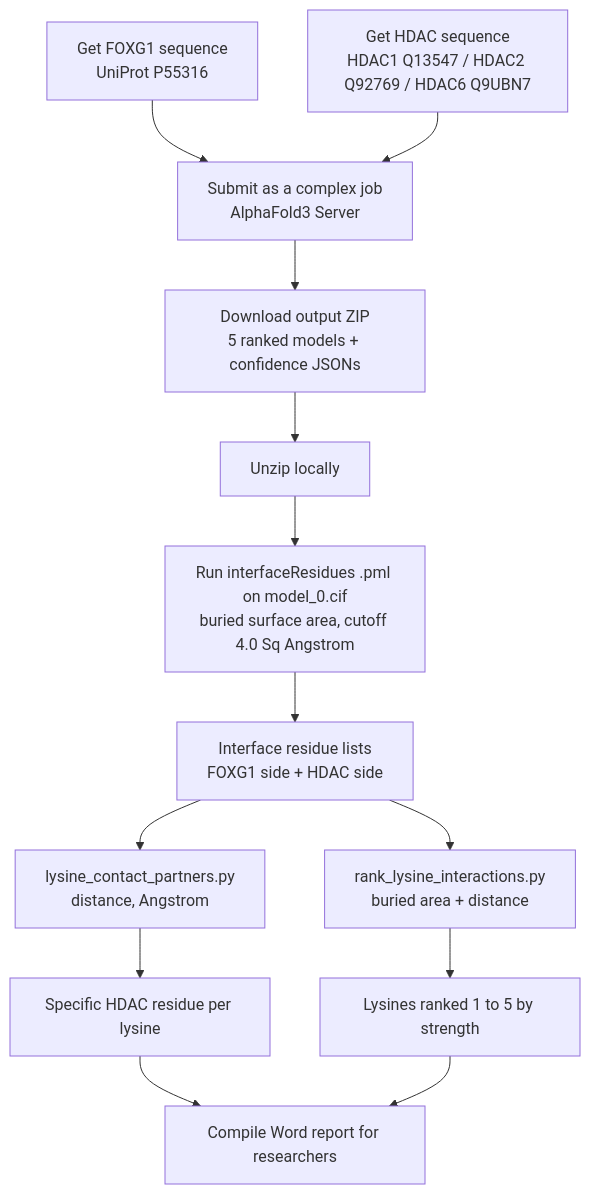
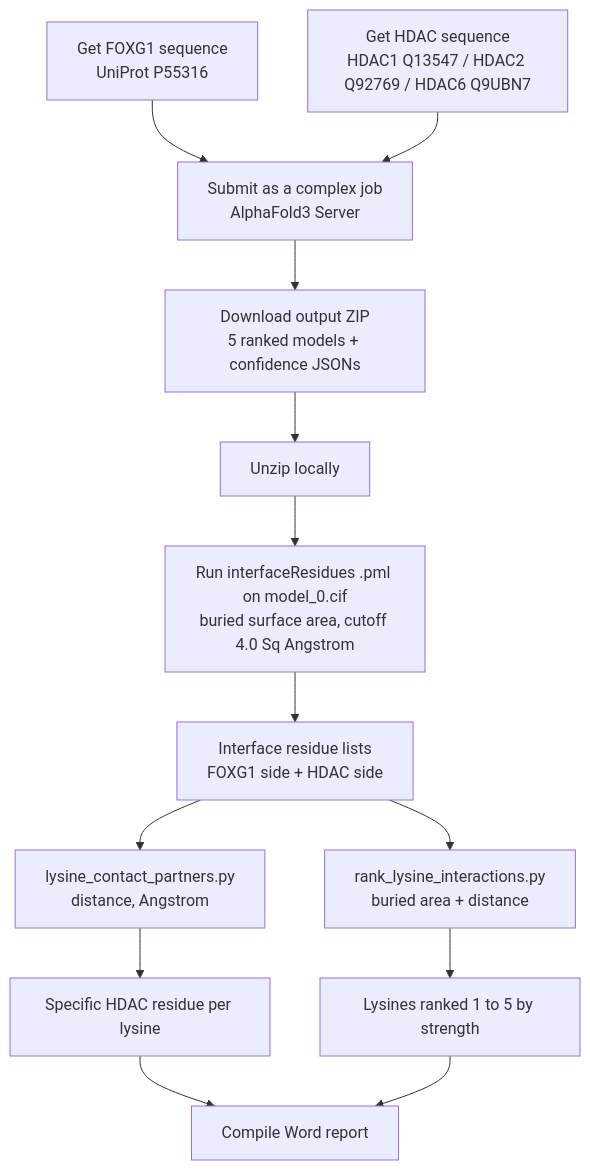
The diagram in README.md (nikhil777shingte/foxg1-protein-interactions-with-alphafold), drawn with Mermaid before and after one commit. The commit also changed other lines of this file and 3 other files, not shown here.

````diff
--- a/README.md
+++ b/README.md
@@ -10,15 +13,15 @@
 ```mermaid
 flowchart TD
     A[Get FOXG1 sequence<br/>UniProt P55316] --> C[Submit as a complex job<br/>AlphaFold3 Server]
     B[Get HDAC sequence<br/>HDAC1 Q13547 / HDAC2 Q92769 / HDAC6 Q9UBN7] --> C
     C --> D[Download output ZIP<br/>5 ranked models + confidence JSONs]
     D --> E[Unzip locally]
     E --> F[Run interfaceResidues .pml on model_0.cif<br/>buried surface area, cutoff 4.0 Sq Angstrom]
     F --> G[Interface residue lists<br/>FOXG1 side + HDAC side]
     G --> H[lysine_contact_partners.py<br/>distance, Angstrom]
     G --> I[rank_lysine_interactions.py<br/>buried area + distance]
     H --> J[Specific HDAC residue per lysine]
     I --> K[Lysines ranked 1 to 5 by strength]
-    J --> L[Compile Word report for researchers]
+    J --> L[Compile Word report]
     K --> L
 ```
````
